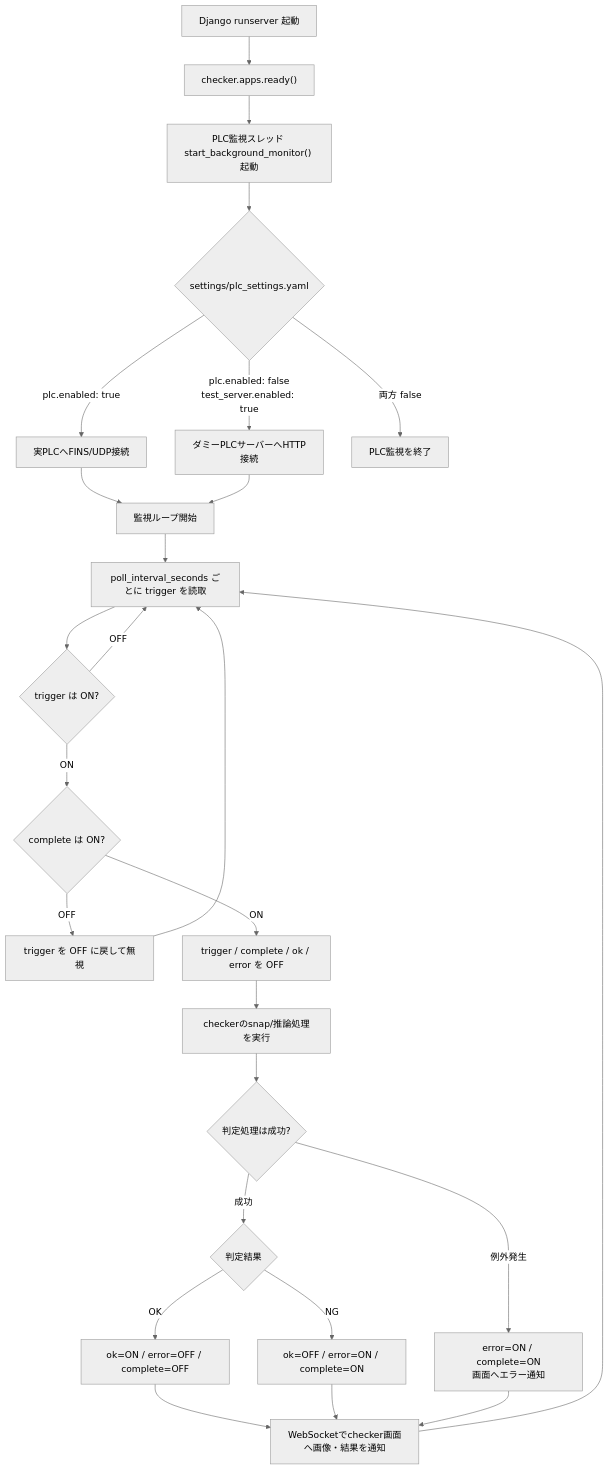
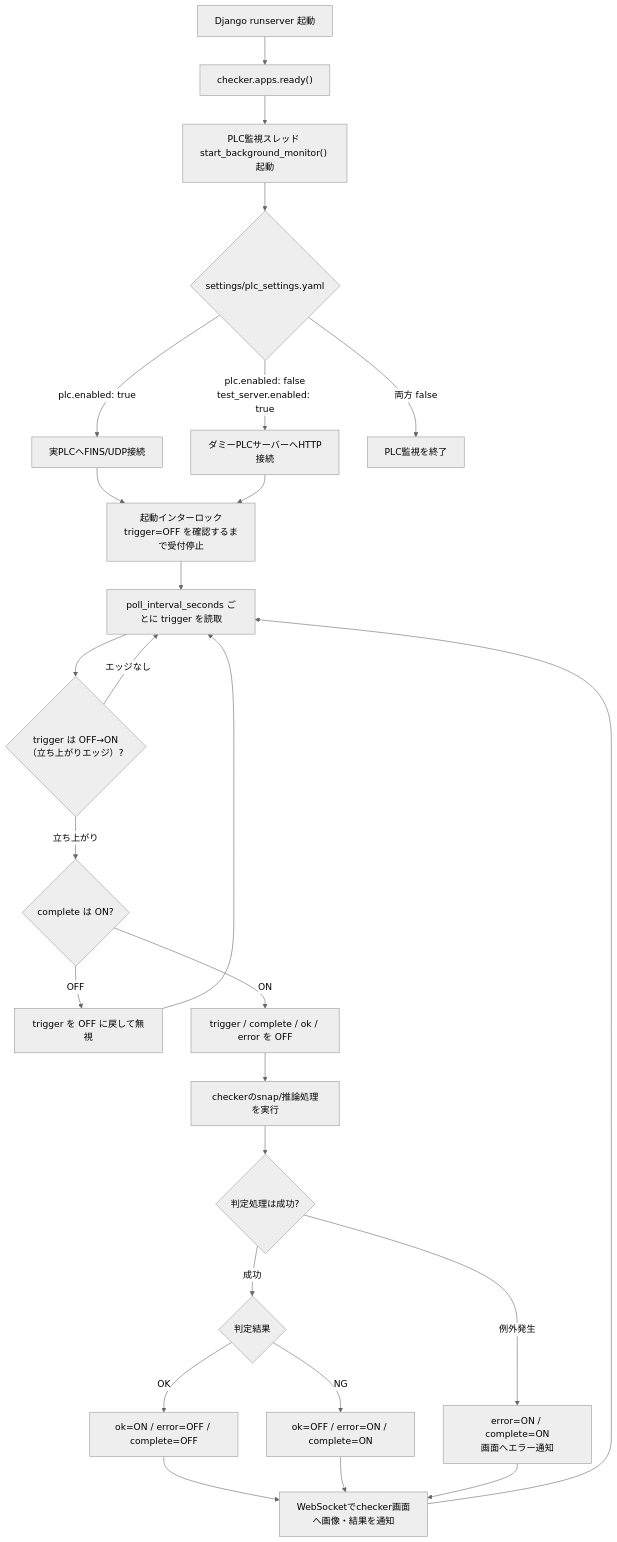
Before and after one commit to ikedachin/object_detection_system_plc_rfdetr: the first of 2 diagrams in zzz_docs/plc_monitor_flow.md, drawn with Mermaid (neutral theme). The commit also changed other lines of this file and 6 other files, not shown here.

````diff
--- a/zzz_docs/plc_monitor_flow.md
+++ b/zzz_docs/plc_monitor_flow.md
@@ -56,29 +58,29 @@
 ```mermaid
 flowchart TD
     A["Django runserver 起動"] --> B["checker.apps.ready()"]
     B --> C["PLC監視スレッド start_background_monitor() 起動"]
     C --> D{"settings/plc_settings.yaml"}
     D -->|"plc.enabled: true"| E["実PLCへFINS/UDP接続"]
     D -->|"plc.enabled: false<br/>test_server.enabled: true"| F["ダミーPLCサーバーへHTTP接続"]
     D -->|"両方 false"| G["PLC監視を終了"]
 
-    E --> H["監視ループ開始"]
+    E --> H["起動インターロック<br/>trigger=OFF を確認するまで受付停止"]
     F --> H
     H --> I["poll_interval_seconds ごとに trigger を読取"]
-    I --> J{"trigger は ON?"}
-    J -->|"OFF"| I
-    J -->|"ON"| K{"complete は ON?"}
+    I --> J{"trigger は OFF→ON<br/>（立ち上がりエッジ）?"}
+    J -->|"エッジなし"| I
+    J -->|"立ち上がり"| K{"complete は ON?"}
     K -->|"OFF"| L["trigger を OFF に戻して無視"]
     L --> I
     K -->|"ON"| M["trigger / complete / ok / error を OFF"]
     M --> N["checkerのsnap/推論処理を実行"]
     N --> O{"判定処理は成功?"}
     O -->|"例外発生"| P["error=ON / complete=ON<br/>画面へエラー通知"]
     O -->|"成功"| Q{"判定結果"}
     Q -->|"OK"| R["ok=ON / error=OFF / complete=OFF"]
     Q -->|"NG"| S["ok=OFF / error=ON / complete=ON"]
     R --> T["WebSocketでchecker画面へ画像・結果を通知"]
     S --> T
     P --> T
     T --> I
 ```
````
